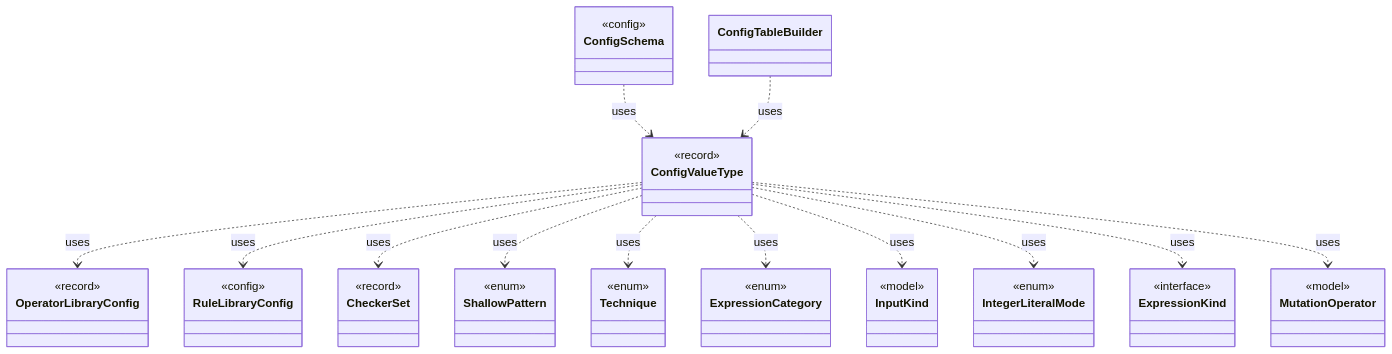
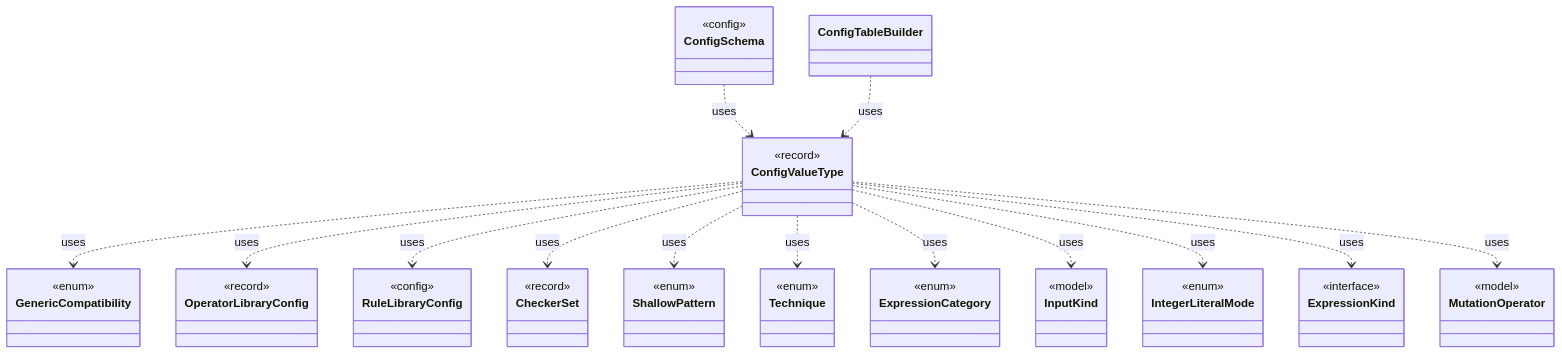
Before and after one commit to tlaplus/model-checker-hardening: the diagram in dev/types/io.github.tlaplus.hardening.config.ConfigValueType.md, drawn with Mermaid. The commit also changed other lines of this file and 419 other files, not shown here.

````diff
--- a/dev/types/io.github.tlaplus.hardening.config.ConfigValueType.md
+++ b/dev/types/io.github.tlaplus.hardening.config.ConfigValueType.md
@@ -7,52 +7,56 @@
 ```mermaid
 classDiagram
   class ConfigValueType {
     <<record>>
+  }
+  class GenericCompatibility {
+    <<enum>>
   }
   class OperatorLibraryConfig {
     <<record>>
   }
   class RuleLibraryConfig {
     <<config>>
   }
   class CheckerSet {
     <<record>>
   }
   class ShallowPattern {
     <<enum>>
   }
   class Technique {
     <<enum>>
   }
   class ExpressionCategory {
     <<enum>>
   }
   class InputKind {
     <<model>>
   }
   class IntegerLiteralMode {
     <<enum>>
   }
   class ExpressionKind {
     <<interface>>
   }
   class MutationOperator {
     <<model>>
   }
   class ConfigSchema {
     <<config>>
   }
   class ConfigTableBuilder
+  ConfigValueType ..> GenericCompatibility : uses
   ConfigValueType ..> OperatorLibraryConfig : uses
   ConfigValueType ..> RuleLibraryConfig : uses
   ConfigValueType ..> CheckerSet : uses
   ConfigValueType ..> ShallowPattern : uses
   ConfigValueType ..> Technique : uses
   ConfigValueType ..> ExpressionCategory : uses
   ConfigValueType ..> InputKind : uses
   ConfigValueType ..> IntegerLiteralMode : uses
   ConfigValueType ..> ExpressionKind : uses
   ConfigValueType ..> MutationOperator : uses
   ConfigSchema ..> ConfigValueType : uses
   ConfigTableBuilder ..> ConfigValueType : uses
 ```
````
